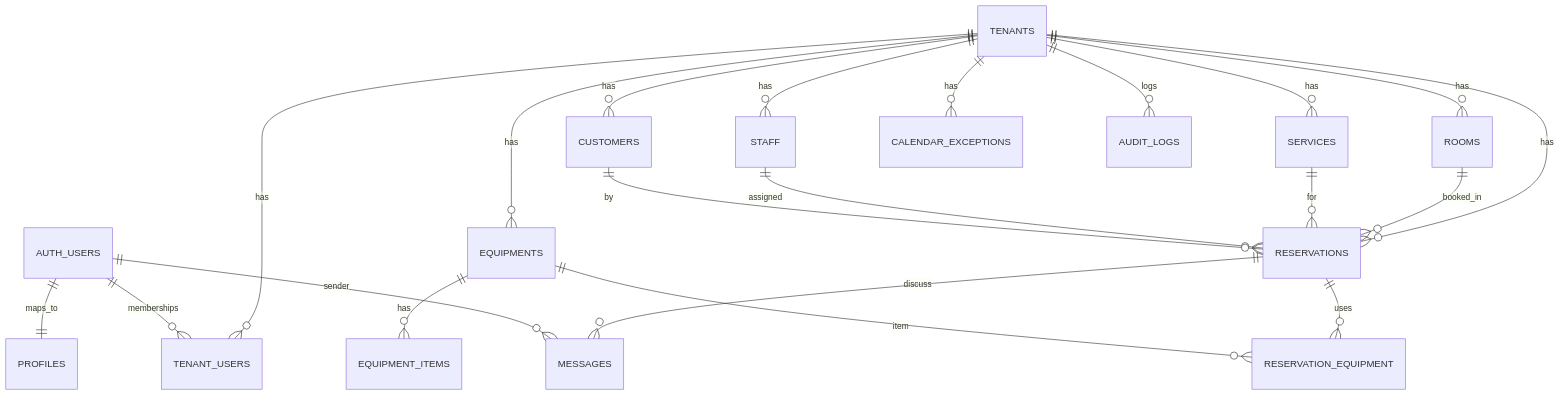
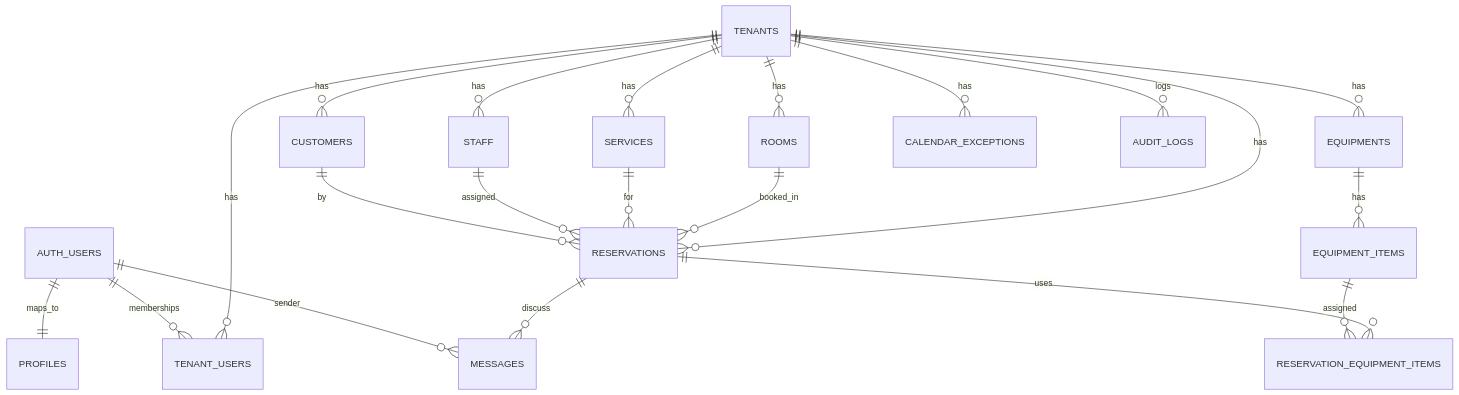
One commit to hira777/pulseboard changed the first of 2 diagrams in docs/db/schema.md. Above: the diagram before and after it, drawn with Mermaid. The commit also changed other lines of this file and 14 other files, not shown here.

````diff
--- a/docs/db/schema.md
+++ b/docs/db/schema.md
@@ -41,28 +43,28 @@
 ```mermaid
 erDiagram
   AUTH_USERS ||--|| PROFILES : maps_to
   TENANTS ||--o{ TENANT_USERS : has
   AUTH_USERS ||--o{ TENANT_USERS : memberships
 
   TENANTS ||--o{ ROOMS : has
   TENANTS ||--o{ SERVICES : has
   TENANTS ||--o{ EQUIPMENTS : has
   EQUIPMENTS ||--o{ EQUIPMENT_ITEMS : has
   TENANTS ||--o{ CUSTOMERS : has
   TENANTS ||--o{ STAFF : has
 
   TENANTS ||--o{ RESERVATIONS : has
   ROOMS ||--o{ RESERVATIONS : booked_in
   SERVICES ||--o{ RESERVATIONS : for
   STAFF ||--o{ RESERVATIONS : assigned
   CUSTOMERS ||--o{ RESERVATIONS : by
 
-  RESERVATIONS ||--o{ RESERVATION_EQUIPMENT : uses
-  EQUIPMENTS ||--o{ RESERVATION_EQUIPMENT : item
+  RESERVATIONS ||--o{ RESERVATION_EQUIPMENT_ITEMS : uses
+  EQUIPMENT_ITEMS ||--o{ RESERVATION_EQUIPMENT_ITEMS : assigned
 
   TENANTS ||--o{ CALENDAR_EXCEPTIONS : has
   RESERVATIONS ||--o{ MESSAGES : discuss
   AUTH_USERS ||--o{ MESSAGES : sender
 
   TENANTS ||--o{ AUDIT_LOGS : logs
 ```
````
